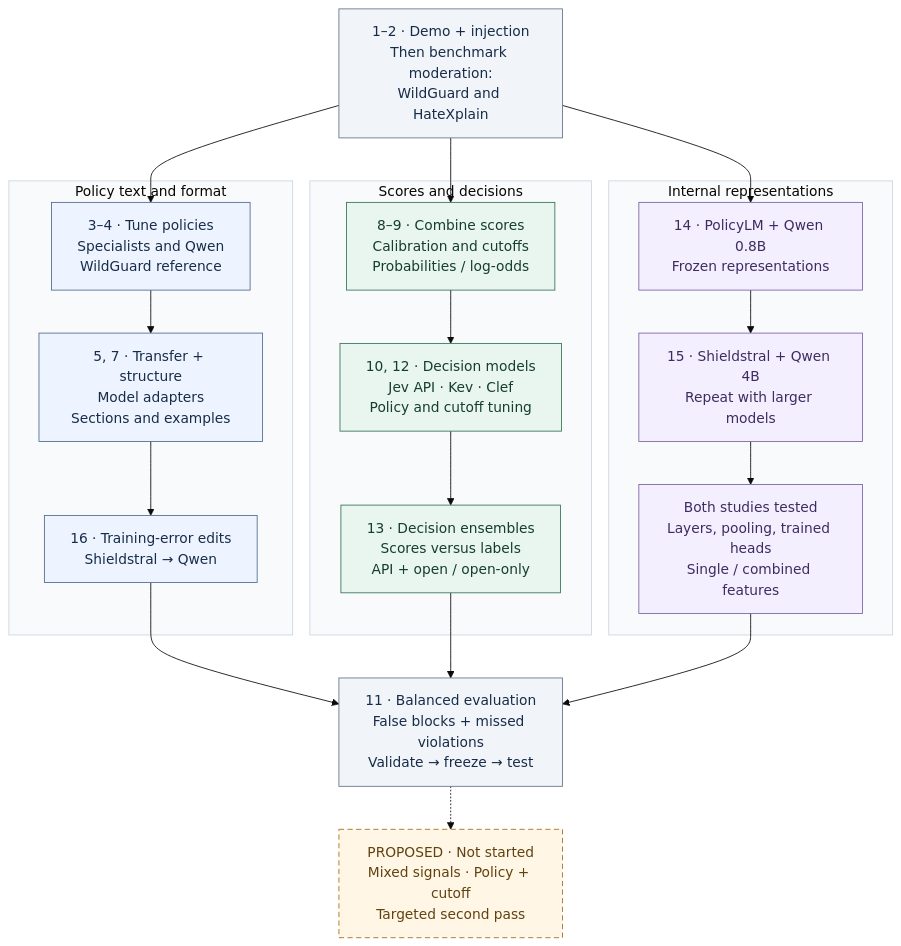
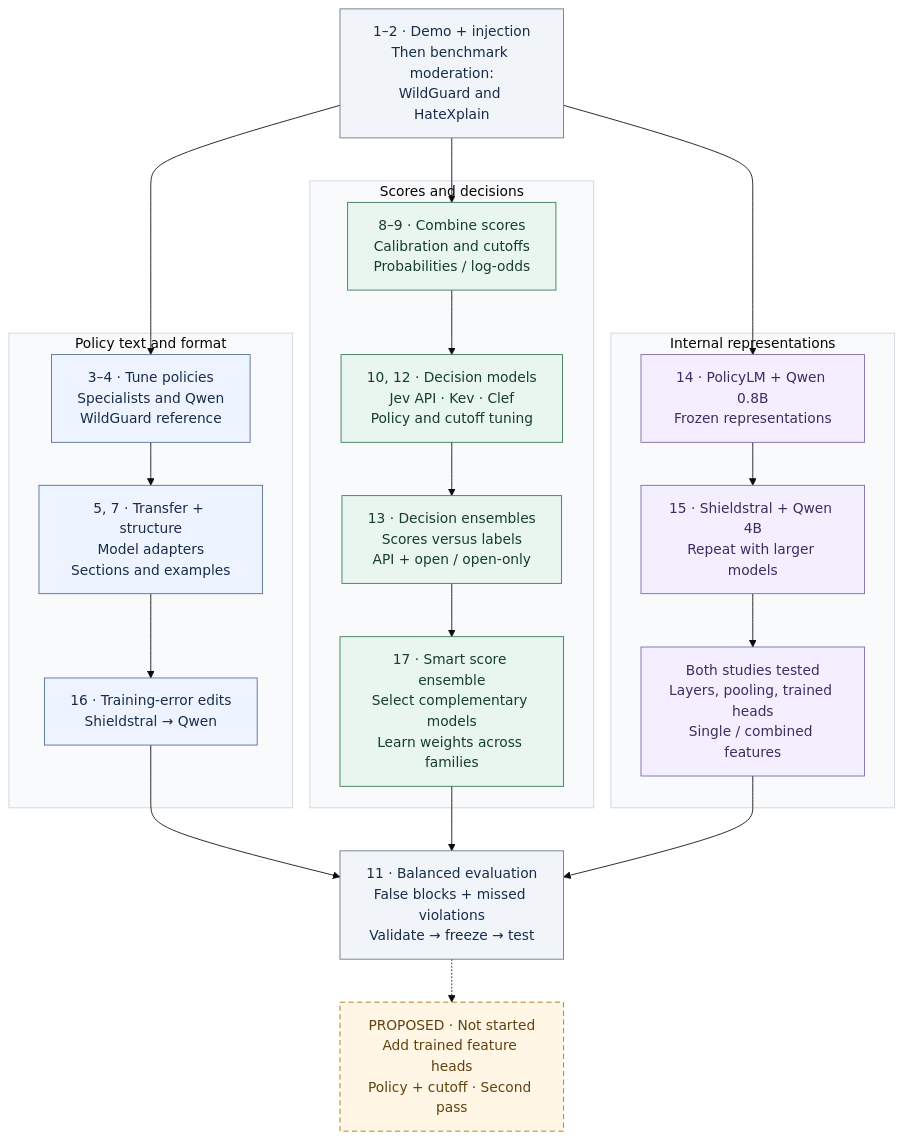
One commit to harshsinghal/safeguard-eval changed the diagram in README.md. Above: the diagram before and after it, drawn with Mermaid (base theme). The commit also changed other lines of this file and 159 other files, not shown here.

Commit message:
Publish smart ensemble results, paired error comparisons and reproducible evidence

````diff
--- a/README.md
+++ b/README.md
@@ -19,48 +19,49 @@
 ```mermaid
 flowchart TB
     START["1–2 · Demo + injection<br/>Then benchmark moderation:<br/>WildGuard and HateXplain"]
 
     subgraph POLICY["Policy text and format"]
         P1["3–4 · Tune policies<br/>Specialists and Qwen<br/>WildGuard reference"]
         P2["5, 7 · Transfer + structure<br/>Model adapters<br/>Sections and examples"]
         P3["16 · Training-error edits<br/>Shieldstral → Qwen"]
         P1 --> P2 --> P3
     end
 
     subgraph SCORES["Scores and decisions"]
         S1["8–9 · Combine scores<br/>Calibration and cutoffs<br/>Probabilities / log-odds"]
         S2["10, 12 · Decision models<br/>Jev API · Kev · Clef<br/>Policy and cutoff tuning"]
         S3["13 · Decision ensembles<br/>Scores versus labels<br/>API + open / open-only"]
-        S1 --> S2 --> S3
+        S4["17 · Smart score ensemble<br/>Select complementary models<br/>Learn weights across families"]
+        S1 --> S2 --> S3 --> S4
     end
 
     subgraph FEATURES["Internal representations"]
         F1["14 · PolicyLM + Qwen 0.8B<br/>Frozen representations"]
         F2["15 · Shieldstral + Qwen 4B<br/>Repeat with larger models"]
         F3["Both studies tested<br/>Layers, pooling, trained heads<br/>Single / combined features"]
         F1 --> F2 --> F3
     end
 
     START --> P1
     START --> S1
     START --> F1
     P3 --> EVIDENCE
-    S3 --> EVIDENCE
+    S4 --> EVIDENCE
     F3 --> EVIDENCE
     EVIDENCE["11 · Balanced evaluation<br/>False blocks + missed violations<br/>Validate → freeze → test"]
-    EVIDENCE -.-> NEXT["PROPOSED · Not started<br/>Mixed signals · Policy + cutoff<br/>Targeted second pass"]
+    EVIDENCE -.-> NEXT["PROPOSED · Not started<br/>Add trained feature heads<br/>Policy + cutoff · Second pass"]
 
     classDef neutral fill:#f1f5f9,stroke:#64748b,color:#172c49;
     classDef policy fill:#eef4ff,stroke:#526b91,color:#172c49;
     classDef scores fill:#e9f5ef,stroke:#367556,color:#153e2b;
     classDef features fill:#f4efff,stroke:#7b63a8,color:#3d2c60;
     classDef proposed fill:#fff6e5,stroke:#a36e16,color:#61420f,stroke-dasharray:6 4;
     class START,EVIDENCE neutral;
     class P1,P2,P3 policy;
-    class S1,S2,S3 scores;
+    class S1,S2,S3,S4 scores;
     class F1,F2,F3 features;
     class NEXT proposed;
     style POLICY fill:#f8fafc,stroke:#cbd5e1
     style SCORES fill:#f8fafc,stroke:#cbd5e1
     style FEATURES fill:#f8fafc,stroke:#cbd5e1
 ```
````
